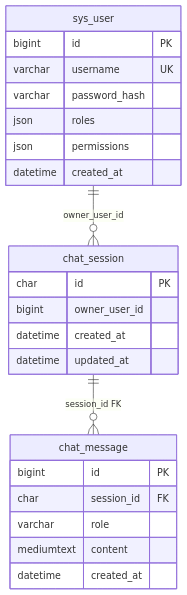
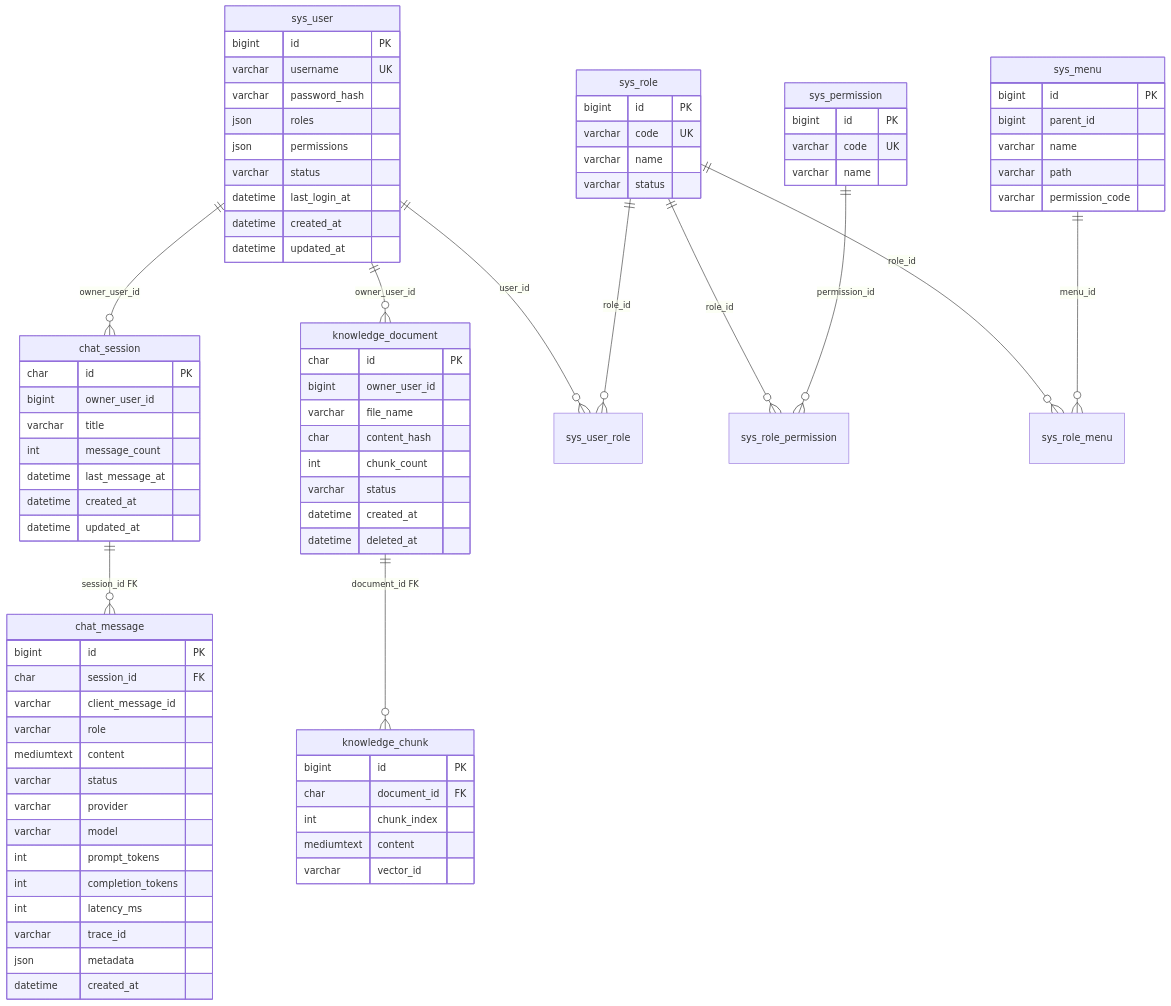
The diagram in docs/database/schema.md (dxx01/ai-study), drawn with Mermaid before and after one commit. The commit also changed other lines of this file and 191 other files, not shown here.

````diff
--- a/docs/database/schema.md
+++ b/docs/database/schema.md
@@ -18,6 +30,14 @@
 erDiagram
     sys_user ||--o{ chat_session : "owner_user_id"
     chat_session ||--o{ chat_message : "session_id FK"
+    sys_user ||--o{ knowledge_document : "owner_user_id"
+    knowledge_document ||--o{ knowledge_chunk : "document_id FK"
+    sys_user ||--o{ sys_user_role : "user_id"
+    sys_role ||--o{ sys_user_role : "role_id"
+    sys_role ||--o{ sys_role_permission : "role_id"
+    sys_permission ||--o{ sys_role_permission : "permission_id"
+    sys_role ||--o{ sys_role_menu : "role_id"
+    sys_menu ||--o{ sys_role_menu : "menu_id"
 
     sys_user {
         bigint id PK
@@ -25,12 +45,39 @@
         varchar password_hash
         json roles
         json permissions
+        varchar status
+        datetime last_login_at
         datetime created_at
+        datetime updated_at
+    }
+
+    sys_role {
+        bigint id PK
+        varchar code UK
+        varchar name
+        varchar status
+    }
+
+    sys_permission {
+        bigint id PK
+        varchar code UK
+        varchar name
+    }
+
+    sys_menu {
+        bigint id PK
+        bigint parent_id
+        varchar name
+        varchar path
+        varchar permission_code
     }
 
     chat_session {
         char id PK
         bigint owner_user_id
+        varchar title
+        int message_count
+        datetime last_message_at
         datetime created_at
         datetime updated_at
     }
@@ -38,8 +85,36 @@
     chat_message {
         bigint id PK
         char session_id FK
+        varchar client_message_id
         varchar role
         mediumtext content
+        varchar status
+        varchar provider
+        varchar model
+        int prompt_tokens
+        int completion_tokens
+        int latency_ms
+        varchar trace_id
+        json metadata
         datetime created_at
     }
+
+    knowledge_document {
+        char id PK
+        bigint owner_user_id
+        varchar file_name
+        char content_hash
+        int chunk_count
+        varchar status
+        datetime created_at
+        datetime deleted_at
+    }
+
+    knowledge_chunk {
+        bigint id PK
+        char document_id FK
+        int chunk_index
+        mediumtext content
+        varchar vector_id
+    }
 ```
````
